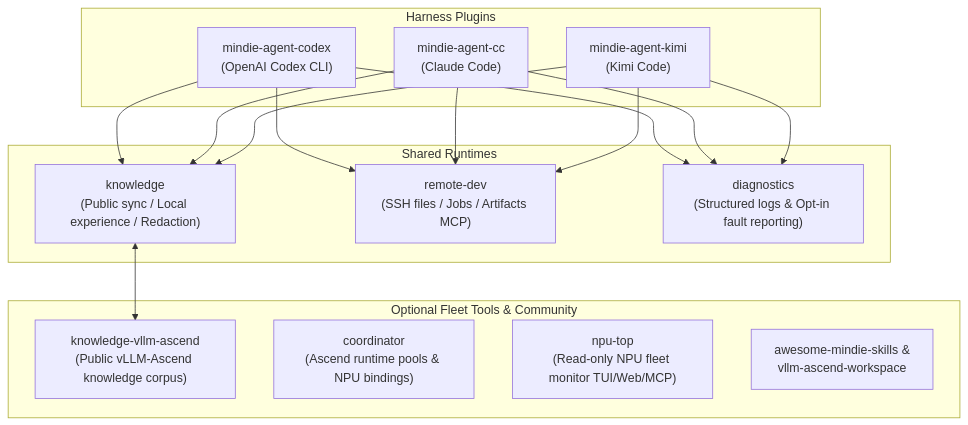
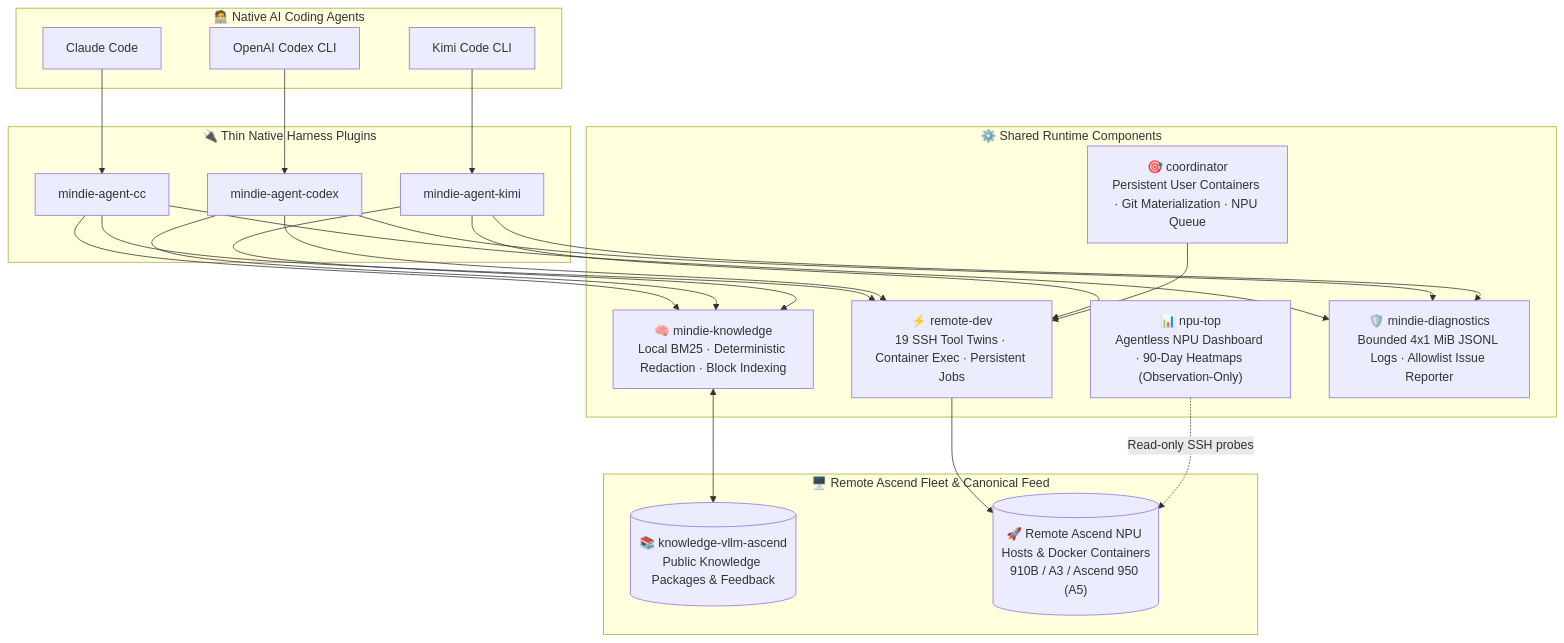
The first of 2 diagrams in README.en.md (Yuli-yx/vllm-ascend-workspace), drawn with Mermaid before and after one commit. The commit also changed other lines of this file and 21 other files, not shown here.

````diff
--- a/README.en.md
+++ b/README.en.md
@@ -52,32 +129,37 @@
 ```mermaid
 flowchart TB
-    subgraph Clients["Harness Plugins"]
-        Codex["mindie-agent-codex<br/>(OpenAI Codex CLI)"]
-        CC["mindie-agent-cc<br/>(Claude Code)"]
-        Kimi["mindie-agent-kimi<br/>(Kimi Code)"]
-    end
+  subgraph Clients["🧑‍💻 Native AI Coding Agents"]
+    CC["Claude Code"]
+    Codex["OpenAI Codex CLI"]
+    Kimi["Kimi Code CLI"]
+  end
 
-    subgraph Runtimes["Shared Runtimes"]
-        Knowledge["knowledge<br/>(Public sync / Local experience / Redaction)"]
-        RemoteDev["remote-dev<br/>(SSH files / Jobs / Artifacts MCP)"]
-        Diagnostics["diagnostics<br/>(Structured logs & Opt-in fault reporting)"]
-    end
+  subgraph Adapters["🔌 Thin Native Harness Plugins"]
+    P_CC["mindie-agent-cc"]
+    P_Codex["mindie-agent-codex"]
+    P_Kimi["mindie-agent-kimi"]
+  end
 
-    subgraph Optional["Optional Fleet Tools & Community"]
-        Corpus["knowledge-vllm-ascend<br/>(Public vLLM-Ascend knowledge corpus)"]
-        Coordinator["coordinator<br/>(Ascend runtime pools & NPU bindings)"]
-        NpuTop["npu-top<br/>(Read-only NPU fleet monitor TUI/Web/MCP)"]
-        Skills["awesome-mindie-skills &<br/>vllm-ascend-workspace"]
-    end
+  subgraph Core["⚙️ Shared Runtime Components"]
+    Knowledge["🧠 mindie-knowledge<br/>Local BM25 · Deterministic Redaction · Block Indexing"]
+    RemoteDev["⚡ remote-dev<br/>19 SSH Tool Twins · Container Exec · Persistent Jobs"]
+    Coord["🎯 coordinator<br/>Persistent User Containers · Git Materialization · NPU Queue"]
+    NpuTop["📊 npu-top<br/>Agentless NPU Dashboard · 90-Day Heatmaps (Observation-Only)"]
+    Diag["🛡️ mindie-diagnostics<br/>Bounded 4x1 MiB JSONL Logs · Allowlist Issue Reporter"]
+  end
 
-    Codex --> Knowledge
-    Codex --> RemoteDev
-    Codex --> Diagnostics
-    CC --> Knowledge
-    CC --> RemoteDev
-    CC --> Diagnostics
-    Kimi --> Knowledge
-    Kimi --> RemoteDev
-    Kimi --> Diagnostics
-    Knowledge <--> Corpus
+  subgraph Remote["🖥️ Remote Ascend Fleet & Canonical Feed"]
+    Feed[("📚 knowledge-vllm-ascend<br/>Public Knowledge Packages & Feedback")]
+    Cluster[("🚀 Remote Ascend NPU Hosts & Docker Containers<br/>910B / A3 / Ascend 950 (A5)")]
+  end
+
+  CC --> P_CC
+  Codex --> P_Codex
+  Kimi --> P_Kimi
+
+  P_CC & P_Codex & P_Kimi --> Knowledge & RemoteDev & Diag
+  Knowledge <--> Feed
+  RemoteDev --> Cluster
+  Coord --> RemoteDev
+  NpuTop -. "Read-only SSH probes" .-> Cluster
 ```
````
